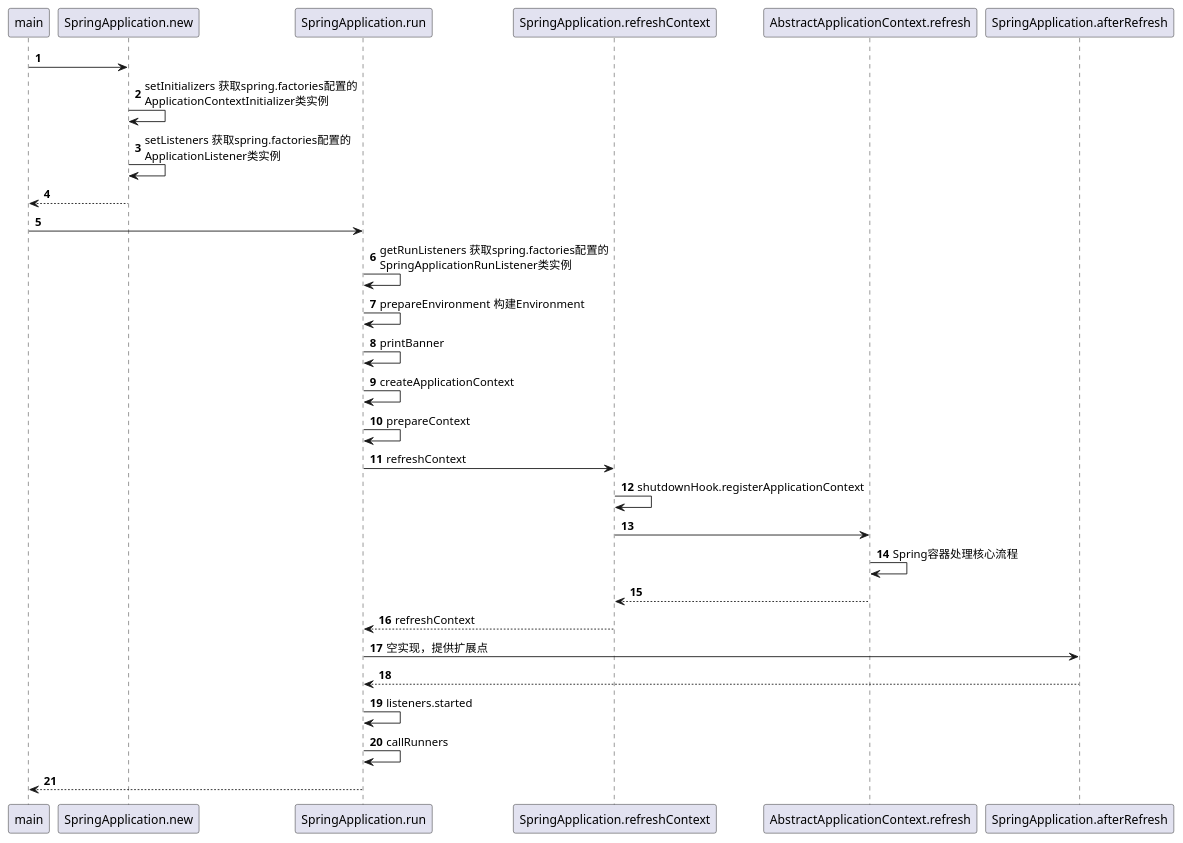
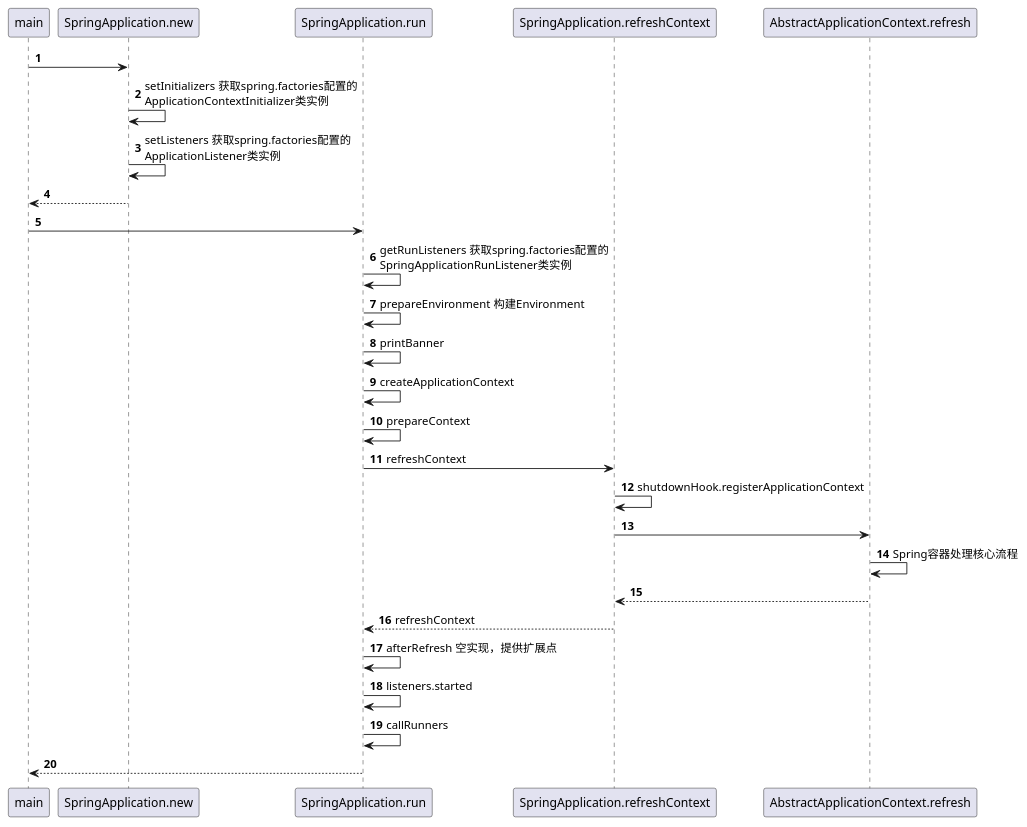
One commit to walklown/daily-code changed the diagram in design/spring/Starter 3 Refresh Application Context.puml. Above: the diagram before and after it, drawn with PlantUML. The commit also changed 10 other files, not shown here.

```diff
--- a/design/spring/Starter 3 Refresh Application Context.puml
+++ b/design/spring/Starter 3 Refresh Application Context.puml
@@ -1,28 +1,27 @@
 @startuml
 'https://plantuml.com/sequence-diagram
 
 autonumber
 
 main -> SpringApplication.new
 SpringApplication.new -> SpringApplication.new : setInitializers 获取spring.factories配置的\nApplicationContextInitializer类实例
 SpringApplication.new -> SpringApplication.new : setListeners 获取spring.factories配置的\nApplicationListener类实例
 SpringApplication.new --> main
 main -> SpringApplication.run
 SpringApplication.run -> SpringApplication.run : getRunListeners 获取spring.factories配置的\nSpringApplicationRunListener类实例
 SpringApplication.run -> SpringApplication.run : prepareEnvironment 构建Environment
 SpringApplication.run -> SpringApplication.run : printBanner
 SpringApplication.run -> SpringApplication.run : createApplicationContext
 SpringApplication.run -> SpringApplication.run : prepareContext
 SpringApplication.run -> SpringApplication.refreshContext : refreshContext
 SpringApplication.refreshContext -> SpringApplication.refreshContext : shutdownHook.registerApplicationContext
 SpringApplication.refreshContext -> AbstractApplicationContext.refresh
 AbstractApplicationContext.refresh -> AbstractApplicationContext.refresh : Spring容器处理核心流程
 AbstractApplicationContext.refresh --> SpringApplication.refreshContext
 SpringApplication.refreshContext --> SpringApplication.run : refreshContext
-SpringApplication.run -> SpringApplication.afterRefresh : 空实现，提供扩展点
-SpringApplication.afterRefresh --> SpringApplication.run
+SpringApplication.run -> SpringApplication.run : afterRefresh 空实现，提供扩展点
 SpringApplication.run -> SpringApplication.run : listeners.started
 SpringApplication.run -> SpringApplication.run : callRunners
 SpringApplication.run --> main
 
 @enduml
```
